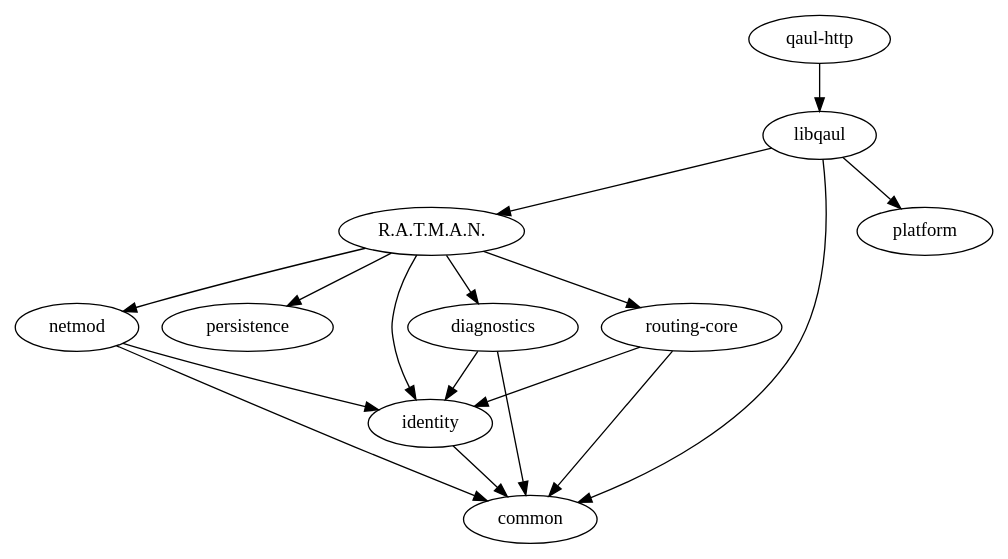
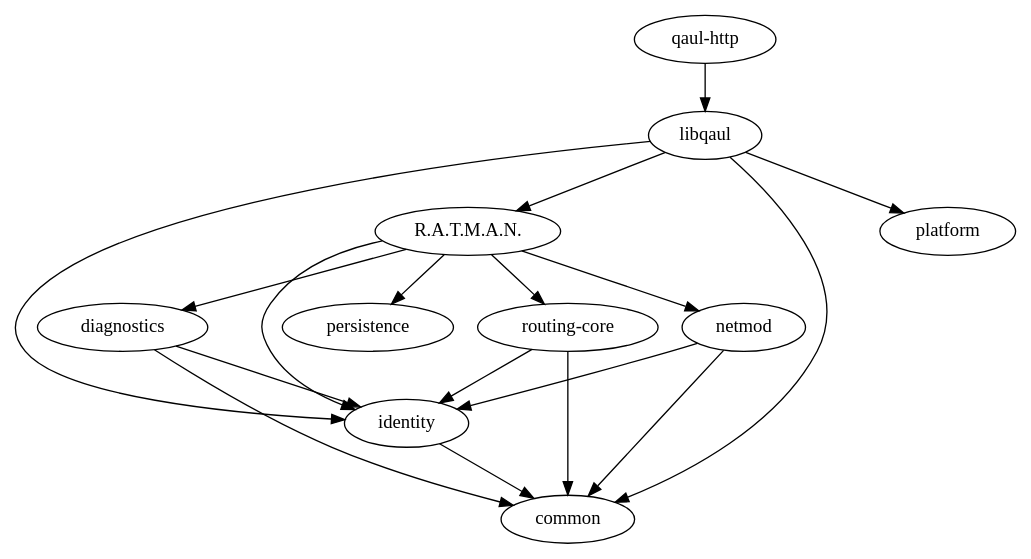
Before and after one commit to qaul/qaul.net: the diagram in docs/contributers/src/assets/dependencies.dot, drawn with Graphviz. The commit also changed 6 other files, not shown here.

```diff
--- a/docs/contributers/src/assets/dependencies.dot
+++ b/docs/contributers/src/assets/dependencies.dot
@@ -1,23 +1,24 @@
 digraph {
     "R.A.T.M.A.N." -> identity
     "R.A.T.M.A.N." -> netmod
     "R.A.T.M.A.N." -> diagnostics
     "R.A.T.M.A.N." -> "routing-core"
     "R.A.T.M.A.N." -> persistence
 
     netmod -> identity
     diagnostics -> identity
 
     "routing-core" -> identity
     "routing-core" -> common
 
     diagnostics -> common
     identity -> common
     netmod -> common
 
     libqaul -> "R.A.T.M.A.N."
     libqaul -> platform
     libqaul -> common
+    libqaul -> identity
 
     "qaul-http" -> libqaul
 }
```
